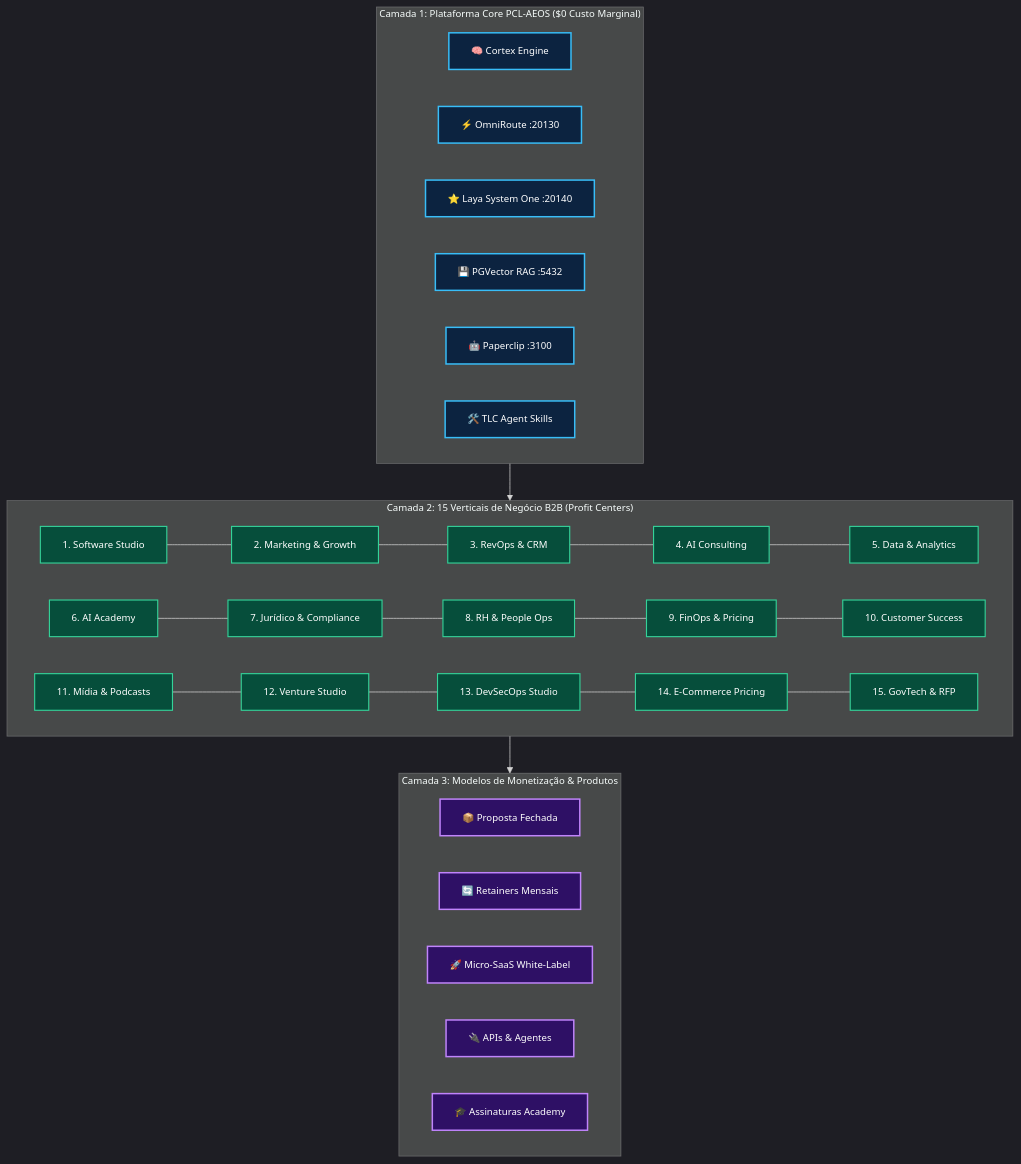
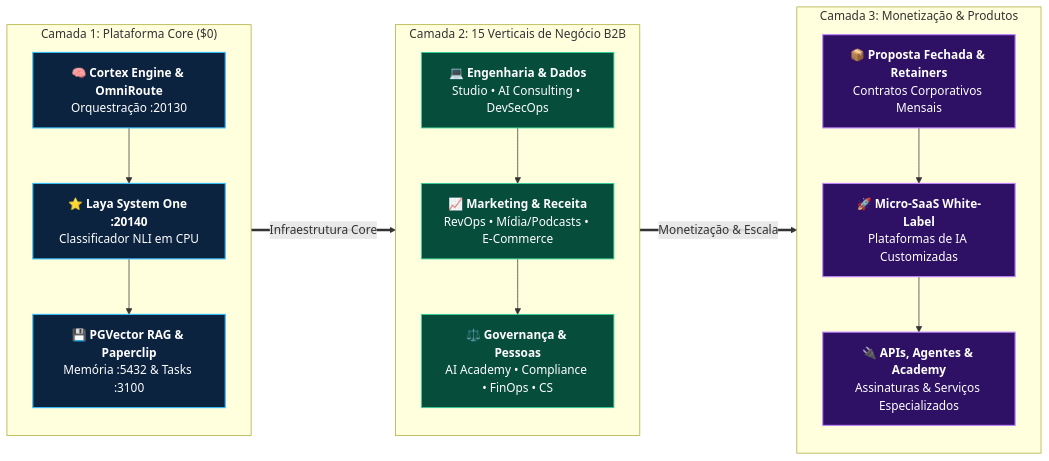
Before and after one commit to EnterDufter/PromptCoreLabs_AEOS: the third of 5 diagrams in governance/operating-model.md, drawn with Mermaid. The commit also changed other lines of this file and 8 other files, not shown here.

Commit message:
docs(mermaid): padronizar 15 diagramas calibrados v7 no repo, github pages e skill cortex

````diff
--- a/governance/operating-model.md
+++ b/governance/operating-model.md
@@ -76,51 +78,33 @@
 ```mermaid
-%%{init: {'theme': 'dark', 'themeVariables': { 'fontSize': '13px', 'fontFamily': 'Inter, sans-serif' }}}%%
-graph TD
-    classDef platform fill:#0c2340,stroke:#38bdf8,stroke-width:2px,color:#ffffff;
-    classDef verticals fill:#064e3b,stroke:#34d399,stroke-width:1.5px,color:#ffffff;
-    classDef products fill:#2e1065,stroke:#c084fc,stroke-width:2px,color:#ffffff;
+flowchart LR
+    classDef platform fill:#0c2340,stroke:#38bdf8,stroke-width:1.5px,color:#ffffff;
+    classDef verticals fill:#064e3b,stroke:#34d399,stroke-width:1.2px,color:#ffffff;
+    classDef products fill:#2e1065,stroke:#c084fc,stroke-width:1.5px,color:#ffffff;
 
-    subgraph Layer1["Camada 1: Plataforma Core PCL-AEOS ($0 Custo Marginal)"]
-        direction LR
-        C1["🧠 Cortex Engine"]:::platform
-        C2["⚡ OmniRoute :20130"]:::platform
-        C3["⭐ Laya System One :20140"]:::platform
-        C4["💾 PGVector RAG :5432"]:::platform
-        C5["🤖 Paperclip :3100"]:::platform
-        C6["🛠️ TLC Agent Skills"]:::platform
+    subgraph Layer1 ["Camada 1: Plataforma Core ($0)"]
+        direction TB
+        C1["🧠 <b>Cortex Engine & OmniRoute</b><br/>Orquestração :20130"]:::platform
+        C2["⭐ <b>Laya System One :20140</b><br/>Classificador NLI em CPU"]:::platform
+        C3["💾 <b>PGVector RAG & Paperclip</b><br/>Memória :5432 & Tasks :3100"]:::platform
+        C1 --> C2 --> C3
     end
 
-    subgraph Layer2["Camada 2: 15 Verticais de Negócio B2B (Profit Centers)"]
-        V1["1. Software Studio"]:::verticals
-        V2["2. Marketing & Growth"]:::verticals
-        V3["3. RevOps & CRM"]:::verticals
-        V4["4. AI Consulting"]:::verticals
-        V5["5. Data & Analytics"]:::verticals
-        V6["6. AI Academy"]:::verticals
-        V7["7. Jurídico & Compliance"]:::verticals
-        V8["8. RH & People Ops"]:::verticals
-        V9["9. FinOps & Pricing"]:::verticals
-        V10["10. Customer Success"]:::verticals
-        V11["11. Mídia & Podcasts"]:::verticals
-        V12["12. Venture Studio"]:::verticals
-        V13["13. DevSecOps Studio"]:::verticals
-        V14["14. E-Commerce Pricing"]:::verticals
-        V15["15. GovTech & RFP"]:::verticals
-        
-        V1 --- V2 --- V3 --- V4 --- V5
-        V6 --- V7 --- V8 --- V9 --- V10
-        V11 --- V12 --- V13 --- V14 --- V15
+    subgraph Layer2 ["Camada 2: 15 Verticais de Negócio B2B"]
+        direction TB
+        V1["💻 <b>Engenharia & Dados</b><br/>Studio • AI Consulting • DevSecOps"]:::verticals
+        V2["📈 <b>Marketing & Receita</b><br/>RevOps • Mídia/Podcasts • E-Commerce"]:::verticals
+        V3["⚖️ <b>Governança & Pessoas</b><br/>AI Academy • Compliance • FinOps • CS"]:::verticals
+        V1 --> V2 --> V3
     end
 
-    subgraph Layer3["Camada 3: Modelos de Monetização & Produtos"]
-        direction LR
-        P1["📦 Proposta Fechada"]:::products
-        P2["🔄 Retainers Mensais"]:::products
-        P3["🚀 Micro-SaaS White-Label"]:::products
-        P4["🔌 APIs & Agentes"]:::products
-        P5["🎓 Assinaturas Academy"]:::products
+    subgraph Layer3 ["Camada 3: Monetização & Produtos"]
+        direction TB
+        P1["📦 <b>Proposta Fechada & Retainers</b><br/>Contratos Corporativos Mensais"]:::products
+        P2["🚀 <b>Micro-SaaS White-Label</b><br/>Plataformas de IA Customizadas"]:::products
+        P3["🔌 <b>APIs, Agentes & Academy</b><br/>Assinaturas & Serviços Especializados"]:::products
+        P1 --> P2 --> P3
     end
 
-    Layer1 --> Layer2
-    Layer2 --> Layer3
+    Layer1 ==>|"Infraestrutura Core"| Layer2
+    Layer2 ==>|"Monetização & Escala"| Layer3
 ```
````
